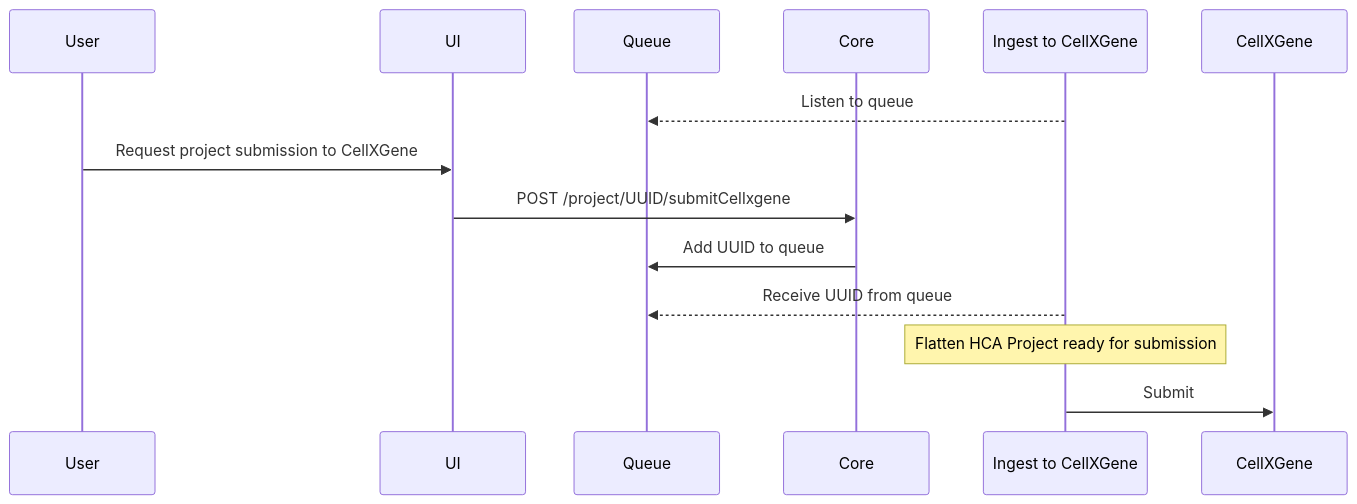
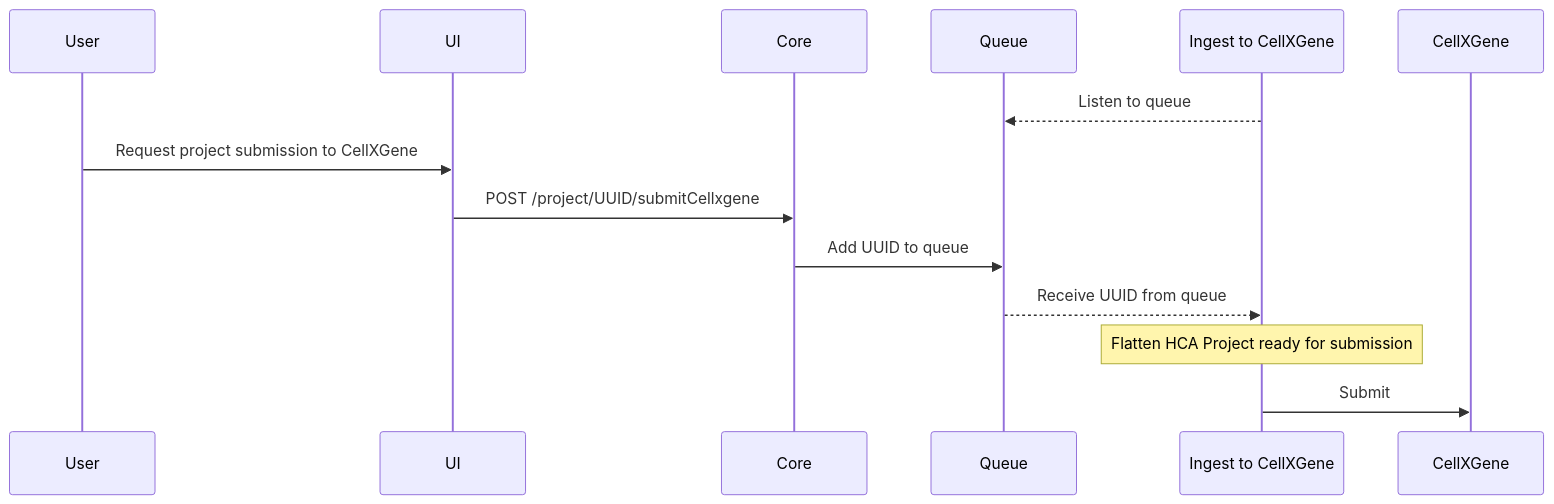
One commit to jacobwindsor/notes changed the diagram in CellXGene.md. Above: the diagram before and after it, drawn with Mermaid.

````diff
--- a/CellXGene.md
+++ b/CellXGene.md
@@ -2,19 +2,19 @@
 ```mermaid
 sequenceDiagram
 	participant U as User
 	participant UI as UI
+	participant C as Core
 	participant Q as Queue
-	participant C as Core
 	participant ICX as Ingest to CellXGene
 	participant CX as CellXGene
 
 	ICX-->>Q:Listen to queue
 
 	U->>UI: Request project submission to CellXGene
 	UI->>C: POST /project/UUID/submitCellxgene
 	C->>Q: Add UUID to queue
-	ICX-->>Q:Receive UUID from queue
+	Q-->>ICX:Receive UUID from queue
 	Note over ICX: Flatten HCA Project ready for submission
 	ICX->>CX: Submit
 
 ```
````
